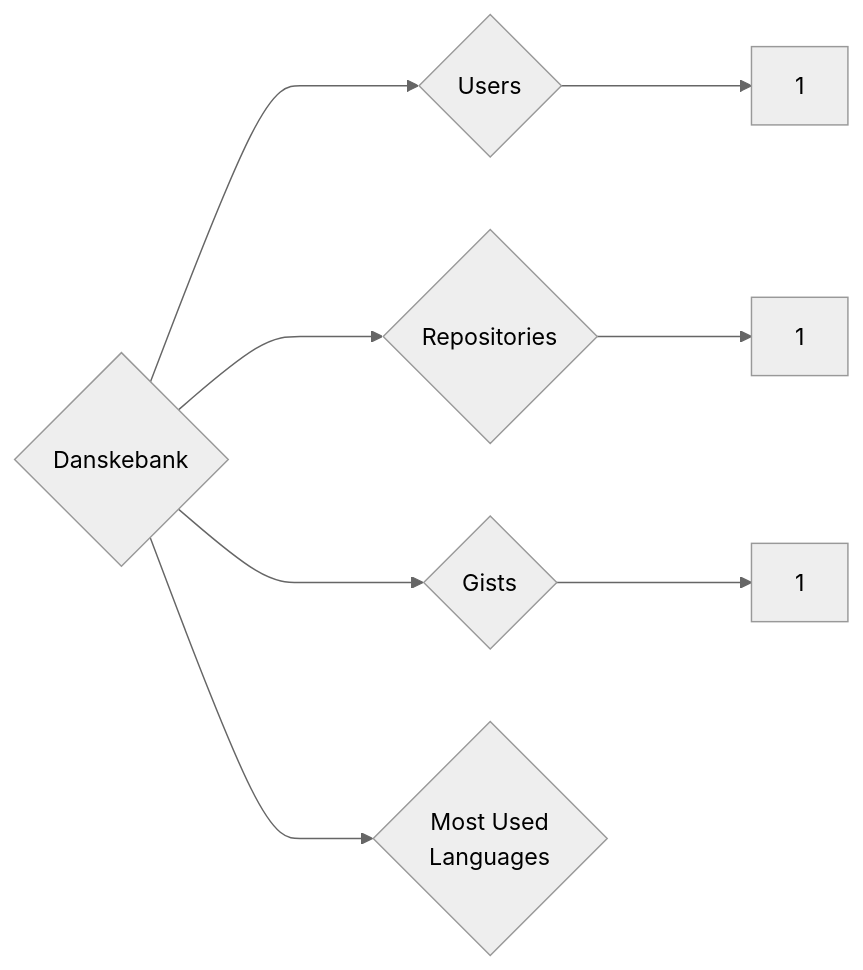
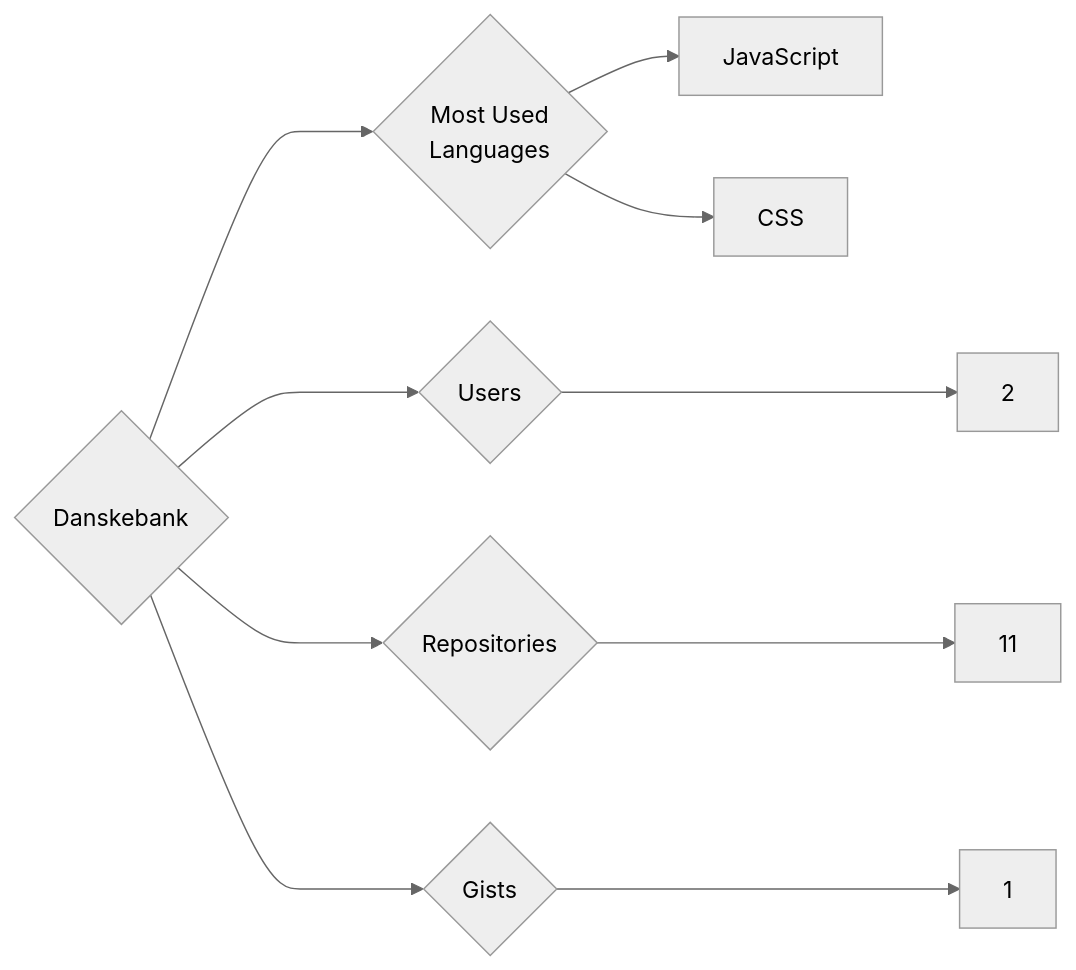
Before and after one commit to trickest/insiders: the diagram in targets/Danskebank/README.md, drawn with Mermaid (neutral theme). The commit also changed 857 other files, not shown here.

````diff
--- a/targets/Danskebank/README.md
+++ b/targets/Danskebank/README.md
@@ -3,8 +3,10 @@
 ```mermaid
 graph LR
 COMPANY_NAME{Danskebank}
-COMPANY_NAME ---> U{Users} ---> UN[1]
-COMPANY_NAME ---> R{Repositories} ---> RN[1]
+COMPANY_NAME ---> U{Users} ---> UN[2]
+COMPANY_NAME ---> R{Repositories} ---> RN[11]
 COMPANY_NAME ---> G{Gists} ---> GN[1]
 COMPANY_NAME ---> ML{Most Used<br>Languages}
+ML --> JavaScript[JavaScript]
+ML --> CSS[CSS]
 ```
````
